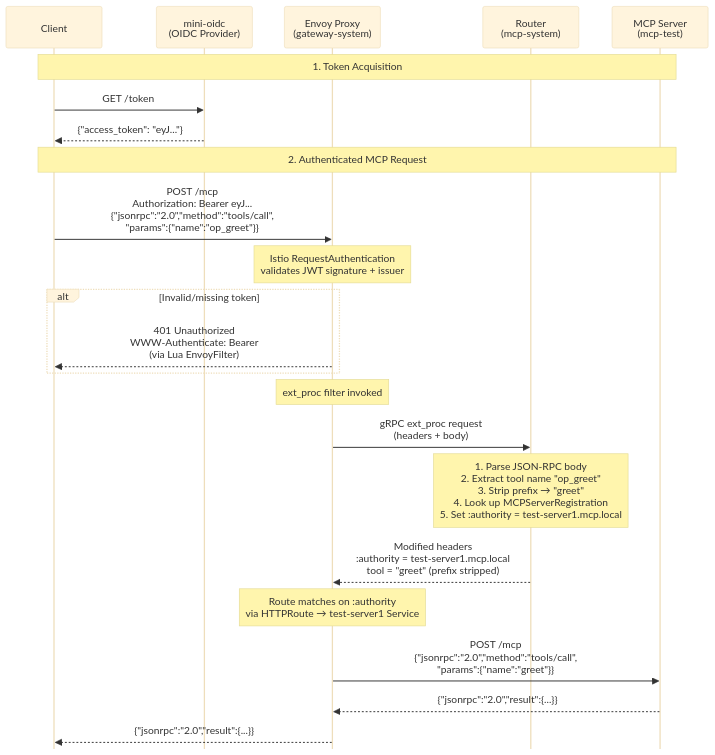
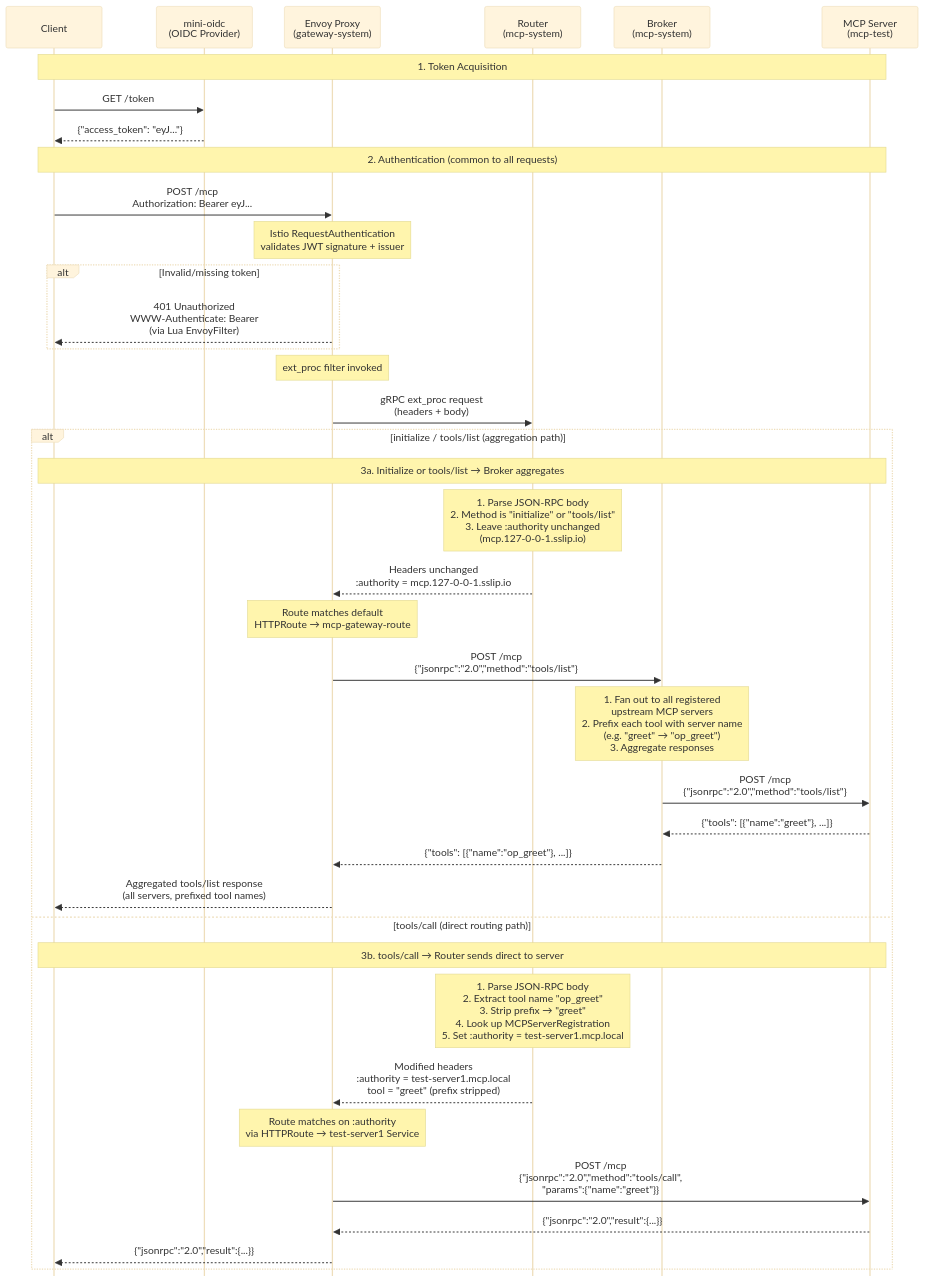
The diagram in docs/diagrams/request-flow.mermaid (jaideepr97/mcp-ecosystem-experimentation), drawn with Mermaid before and after one commit.

Commit message:
Update request-flow diagram to show both broker and direct routing paths
Adds the initialize/tools/list aggregation path through the Broker
alongside the existing tools/call direct routing path, showing how
the Router's ext_proc decision determines which backend handles
the request.

```diff
--- a/docs/diagrams/request-flow.mermaid
+++ b/docs/diagrams/request-flow.mermaid
@@ -1,35 +1,59 @@
 %%{ init: { 'theme': 'base', 'sequence': { 'mirrorActors': false } } }%%
 
 sequenceDiagram
     participant C as Client
     participant O as mini-oidc<br/>(OIDC Provider)
     participant E as Envoy Proxy<br/>(gateway-system)
     participant R as Router<br/>(mcp-system)
+    participant B as Broker<br/>(mcp-system)
     participant S as MCP Server<br/>(mcp-test)
 
     Note over C,S: 1. Token Acquisition
     C->>O: GET /token
     O-->>C: {"access_token": "eyJ..."}
 
-    Note over C,S: 2. Authenticated MCP Request
-    C->>E: POST /mcp<br/>Authorization: Bearer eyJ...<br/>{"jsonrpc":"2.0","method":"tools/call",<br/>"params":{"name":"op_greet"}}
+    Note over C,S: 2. Authentication (common to all requests)
+    C->>E: POST /mcp<br/>Authorization: Bearer eyJ...
 
     Note over E: Istio RequestAuthentication<br/>validates JWT signature + issuer
 
     alt Invalid/missing token
         E-->>C: 401 Unauthorized<br/>WWW-Authenticate: Bearer<br/>(via Lua EnvoyFilter)
     end
 
     Note over E: ext_proc filter invoked
 
     E->>R: gRPC ext_proc request<br/>(headers + body)
 
-    Note over R: 1. Parse JSON-RPC body<br/>2. Extract tool name "op_greet"<br/>3. Strip prefix → "greet"<br/>4. Look up MCPServerRegistration<br/>5. Set :authority = test-server1.mcp.local
+    alt initialize / tools/list (aggregation path)
+        Note over C,S: 3a. Initialize or tools/list → Broker aggregates
 
-    R-->>E: Modified headers<br/>:authority = test-server1.mcp.local<br/>tool = "greet" (prefix stripped)
+        Note over R: 1. Parse JSON-RPC body<br/>2. Method is "initialize" or "tools/list"<br/>3. Leave :authority unchanged<br/>(mcp.127-0-0-1.sslip.io)
 
-    Note over E: Route matches on :authority<br/>via HTTPRoute → test-server1 Service
+        R-->>E: Headers unchanged<br/>:authority = mcp.127-0-0-1.sslip.io
 
-    E->>S: POST /mcp<br/>{"jsonrpc":"2.0","method":"tools/call",<br/>"params":{"name":"greet"}}
-    S-->>E: {"jsonrpc":"2.0","result":{...}}
-    E-->>C: {"jsonrpc":"2.0","result":{...}}
+        Note over E: Route matches default<br/>HTTPRoute → mcp-gateway-route
+
+        E->>B: POST /mcp<br/>{"jsonrpc":"2.0","method":"tools/list"}
+
+        Note over B: 1. Fan out to all registered<br/>upstream MCP servers<br/>2. Prefix each tool with server name<br/>(e.g. "greet" → "op_greet")<br/>3. Aggregate responses
+
+        B->>S: POST /mcp<br/>{"jsonrpc":"2.0","method":"tools/list"}
+        S-->>B: {"tools": [{"name":"greet"}, ...]}
+
+        B-->>E: {"tools": [{"name":"op_greet"}, ...]}
+        E-->>C: Aggregated tools/list response<br/>(all servers, prefixed tool names)
+
+    else tools/call (direct routing path)
+        Note over C,S: 3b. tools/call → Router sends direct to server
+
+        Note over R: 1. Parse JSON-RPC body<br/>2. Extract tool name "op_greet"<br/>3. Strip prefix → "greet"<br/>4. Look up MCPServerRegistration<br/>5. Set :authority = test-server1.mcp.local
+
+        R-->>E: Modified headers<br/>:authority = test-server1.mcp.local<br/>tool = "greet" (prefix stripped)
+
+        Note over E: Route matches on :authority<br/>via HTTPRoute → test-server1 Service
+
+        E->>S: POST /mcp<br/>{"jsonrpc":"2.0","method":"tools/call",<br/>"params":{"name":"greet"}}
+        S-->>E: {"jsonrpc":"2.0","result":{...}}
+        E-->>C: {"jsonrpc":"2.0","result":{...}}
+    end
```
